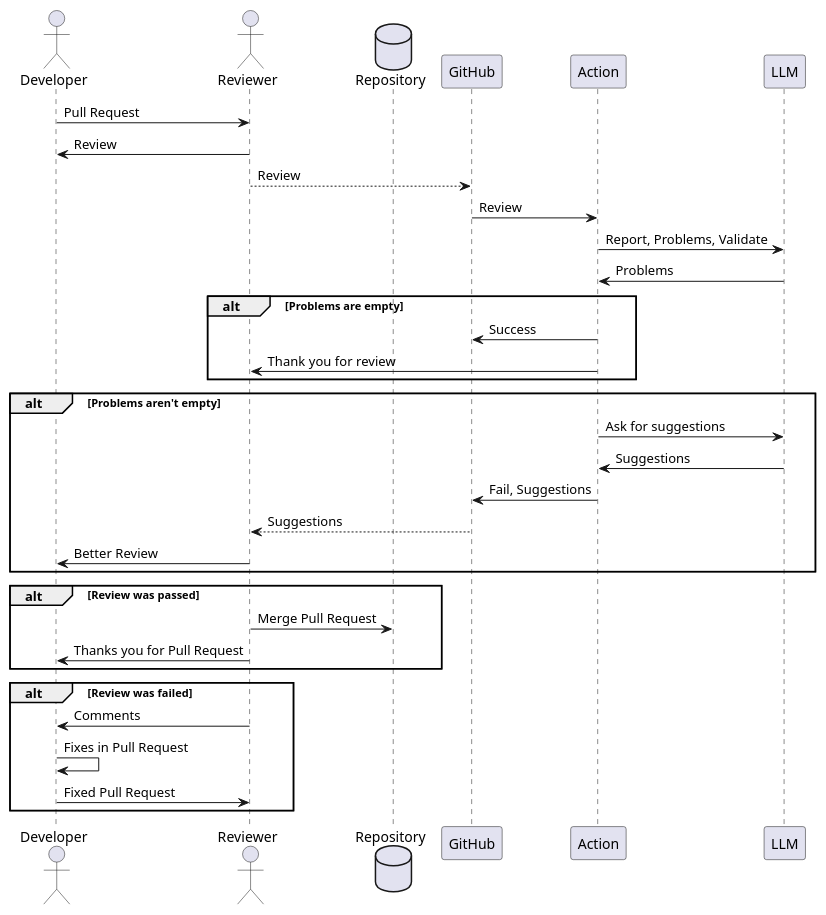
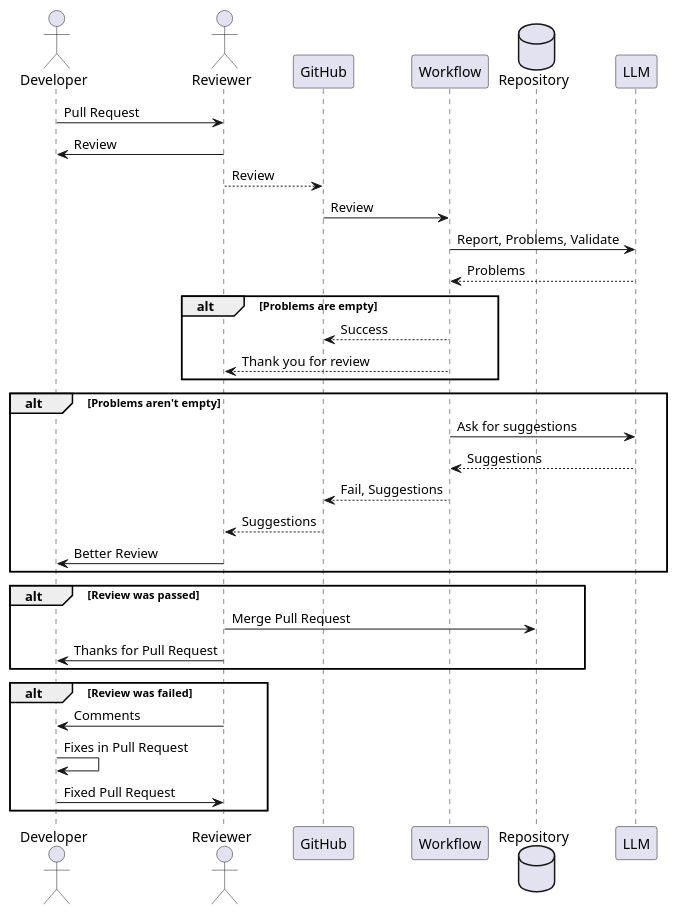
The diagram in doc/code-review-action.puml (l3r8yJ/dc-presentation), drawn with PlantUML before and after one commit.

```diff
--- a/doc/code-review-action.puml
+++ b/doc/code-review-action.puml
@@ -2,35 +2,35 @@
 @startuml
 actor Developer as developer
 actor Reviewer as reviewer
+participant GitHub as github
+participant Workflow as workflow
 database Repository as repository
-participant GitHub as github
-participant Action as action
 participant LLM as llm
 
 developer -> reviewer: Pull Request
 reviewer -> developer: Review
 reviewer --> github: Review
-github -> action: Review
-action -> llm: Report, Problems, Validate
-llm -> action: Problems
+github -> workflow: Review
+workflow -> llm: Report, Problems, Validate
+llm --> workflow: Problems
 alt Problems are empty
-action -> github: Success
-action -> reviewer: Thank you for review
+workflow --> github: Success
+workflow --> reviewer: Thank you for review
 end
 alt Problems aren't empty
-action -> llm: Ask for suggestions
-llm -> action: Suggestions
-action -> github: Fail, Suggestions
+workflow -> llm: Ask for suggestions
+llm --> workflow: Suggestions
+workflow --> github: Fail, Suggestions
 github --> reviewer: Suggestions
 reviewer -> developer: Better Review
 end
 alt Review was passed
 reviewer -> repository: Merge Pull Request
-reviewer -> developer: Thanks you for Pull Request
+reviewer -> developer: Thanks for Pull Request
 end
 alt Review was failed
 reviewer -> developer: Comments
 developer -> developer: Fixes in Pull Request
 developer -> reviewer: Fixed Pull Request
 end
 @enduml
```
